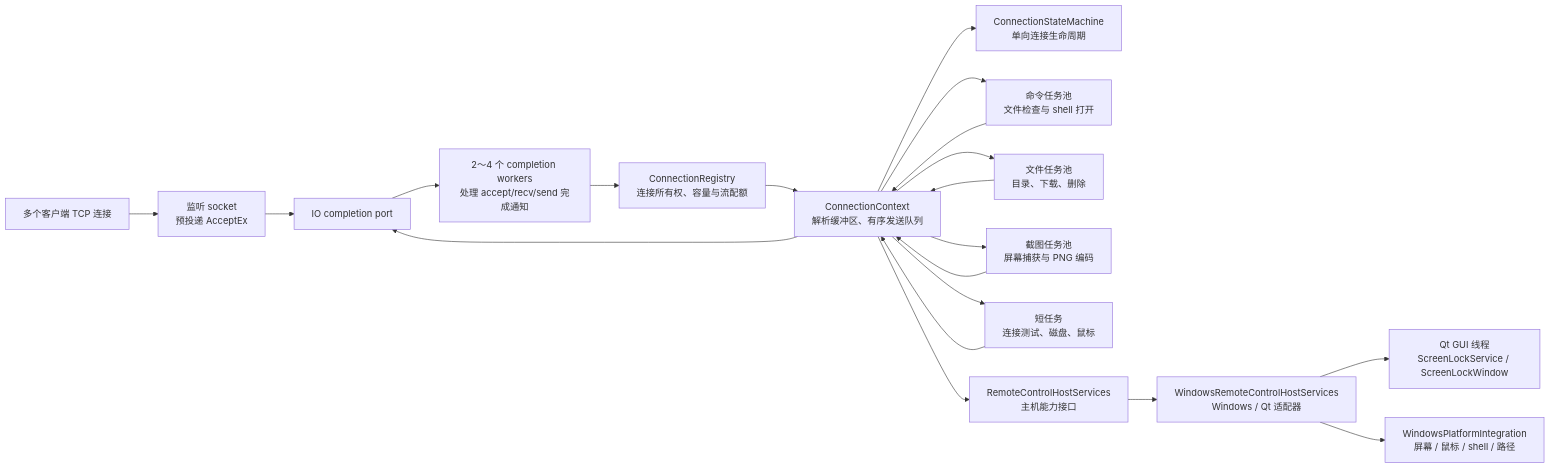
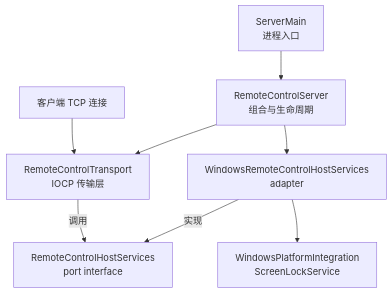
Before and after one commit to slimesq/remote_control: the diagram in docs/ServerArchitecture.md, drawn with Mermaid. The commit also changed other lines of this file and 11 other files, not shown here.

````diff
--- a/docs/ServerArchitecture.md
+++ b/docs/ServerArchitecture.md
@@ -13,22 +27,10 @@
 ```mermaid
-flowchart LR
-    Clients["多个客户端 TCP 连接"] --> Listener["监听 socket<br/>预投递 AcceptEx"]
-    Listener --> Iocp["IO completion port"]
-    Iocp --> CompletionWorkers["2～4 个 completion workers<br/>处理 accept/recv/send 完成通知"]
-    CompletionWorkers --> Registry["ConnectionRegistry<br/>连接所有权、容量与流配额"]
-    Registry --> State["ConnectionContext<br/>解析缓冲区、有序发送队列"]
-    State --> Lifecycle["ConnectionStateMachine<br/>单向连接生命周期"]
-    State --> CommandPool["命令任务池<br/>文件检查与 shell 打开"]
-    State --> FilePool["文件任务池<br/>目录、下载、删除"]
-    State --> ScreenCapturePool["截图任务池<br/>屏幕捕获与 PNG 编码"]
-    State --> DirectWork["短任务<br/>连接测试、磁盘、鼠标"]
-    State --> HostServices["RemoteControlHostServices<br/>主机能力接口"]
-    CommandPool --> State
-    FilePool --> State
-    ScreenCapturePool --> State
-    DirectWork --> State
-    HostServices --> WindowsAdapter["WindowsRemoteControlHostServices<br/>Windows / Qt 适配器"]
-    WindowsAdapter --> ScreenLockService["Qt GUI 线程<br/>ScreenLockService / ScreenLockWindow"]
-    WindowsAdapter --> Platform["WindowsPlatformIntegration<br/>屏幕 / 鼠标 / shell / 路径"]
-    State --> Iocp
+graph TD
+    Main["ServerMain<br/>进程入口"] --> Server["RemoteControlServer<br/>组合与生命周期"]
+    Clients["客户端 TCP 连接"] --> Transport["RemoteControlTransport<br/>IOCP 传输层"]
+    Server --> Transport
+    Server --> Adapter["WindowsRemoteControlHostServices<br/>adapter"]
+    Transport -->|调用| Port["RemoteControlHostServices<br/>port interface"]
+    Adapter -->|实现| Port
+    Adapter --> Capabilities["WindowsPlatformIntegration<br/>ScreenLockService"]
 ```
````
